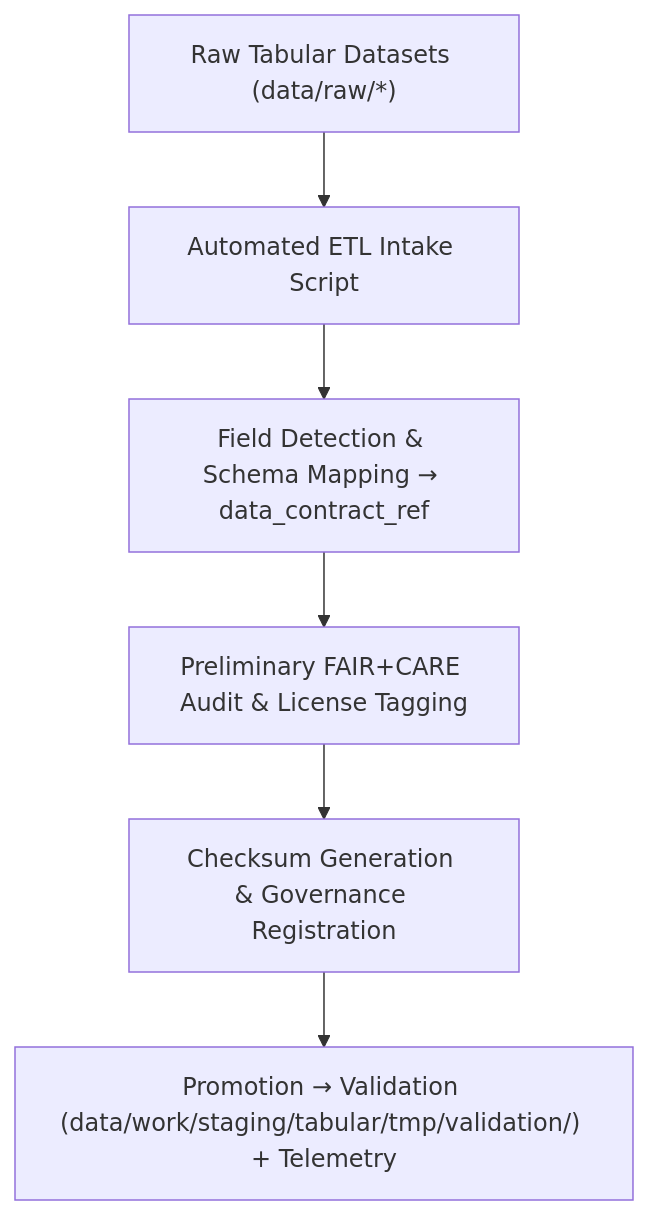
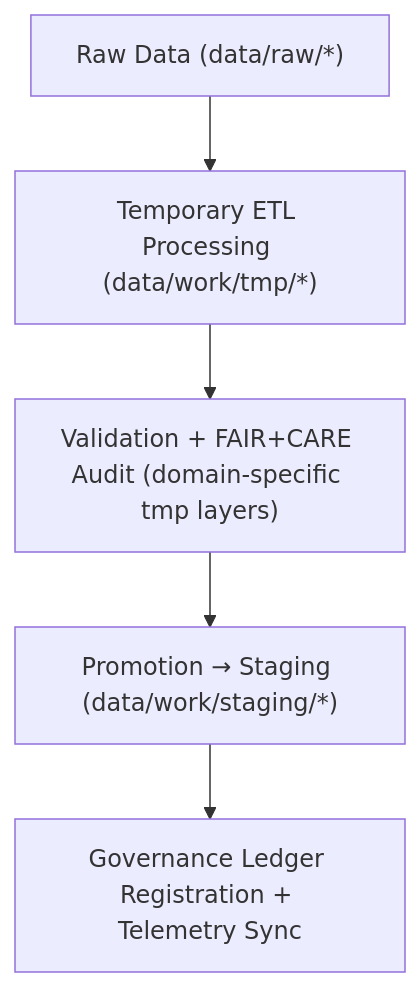
One commit to bartytime4life/Kansas-Frontier-Matrix changed the diagram in data/work/tmp/README.md. Above: the diagram before and after it, drawn with Mermaid. The commit also changed other lines of this file, not shown here.

````diff
--- a/data/work/tmp/README.md
+++ b/data/work/tmp/README.md
@@ -67,8 +72,7 @@
 ```mermaid
 flowchart TD
-    A["Raw Tabular Datasets (data/raw/*)"] --> B["Automated ETL Intake Script"]
-    B --> C["Field Detection & Schema Mapping → data_contract_ref"]
-    C --> D["Preliminary FAIR+CARE Audit & License Tagging"]
-    D --> E["Checksum Generation & Governance Registration"]
-    E --> F["Promotion → Validation (data/work/staging/tabular/tmp/validation/) + Telemetry"]
+    A["Raw Data (data/raw/*)"] --> B["Temporary ETL Processing (data/work/tmp/*)"]
+    B --> C["Validation + FAIR+CARE Audit (domain-specific tmp layers)"]
+    C --> D["Promotion → Staging (data/work/staging/*)"]
+    D --> E["Governance Ledger Registration + Telemetry Sync"]
 ```
````
